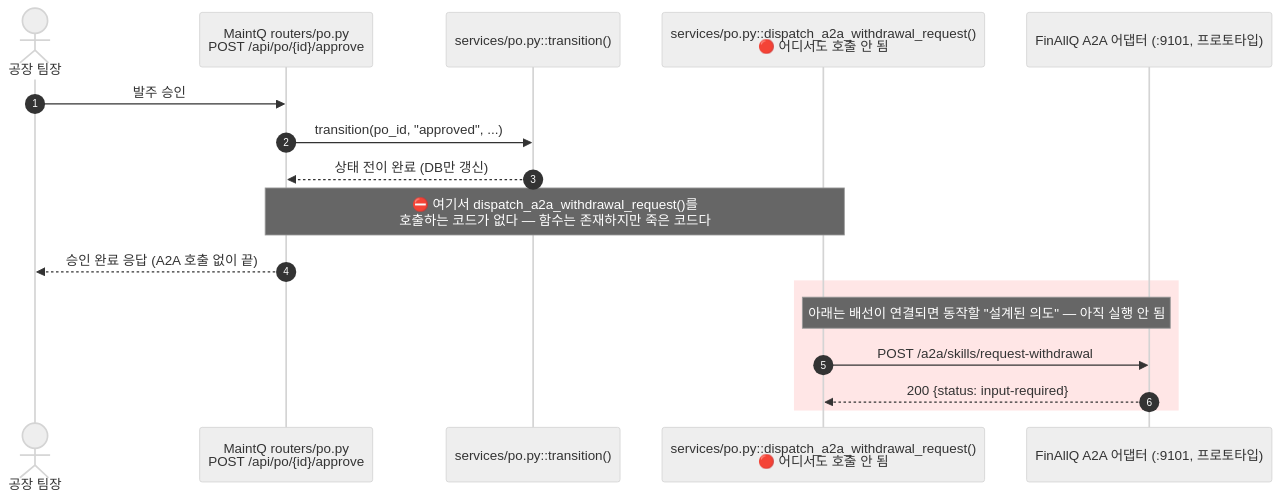
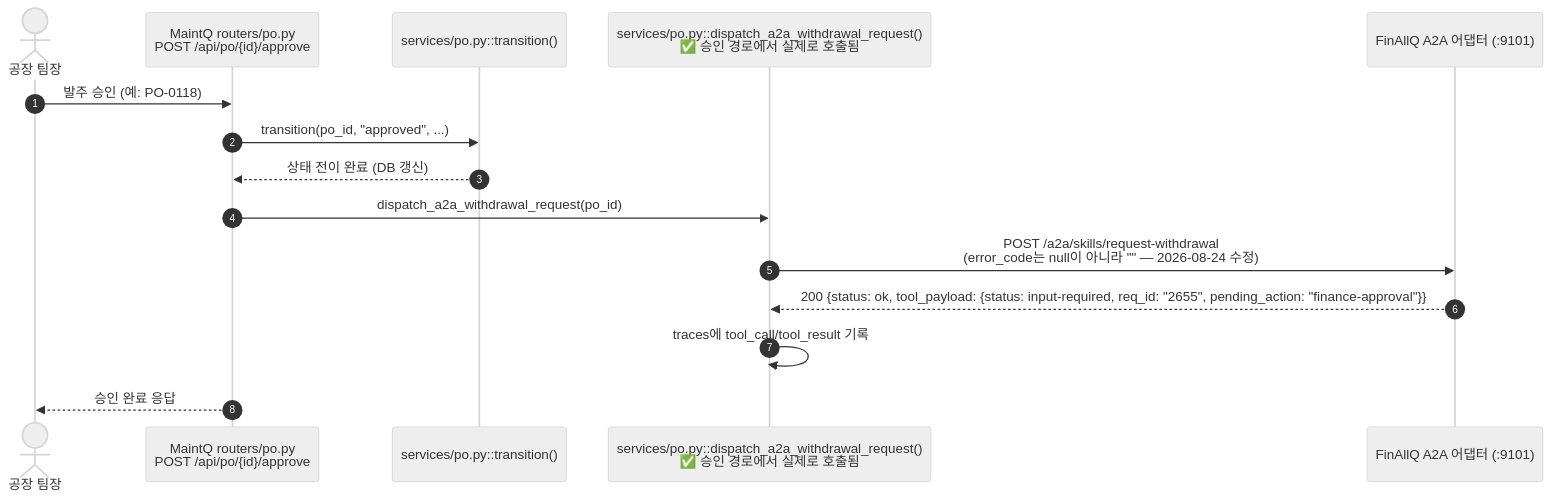
The third of 6 diagrams in A2A_DIAGRAMS.md (ttogle918/QMesh), drawn with Mermaid (neutral theme) before and after one commit. The commit also changed other lines of this file and 1 other file, not shown here.

First line of the commit message:
docs: MaintQ 아웃바운드 A2A 실 E2E 성공 반영 (request-withdrawal·assess-loan)

````diff
--- a/A2A_DIAGRAMS.md
+++ b/A2A_DIAGRAMS.md
@@ -85,21 +109,18 @@
 ```mermaid
 sequenceDiagram
     autonumber
     actor Mgr as 공장 팀장
     participant Router as MaintQ routers/po.py<br>POST /api/po/{id}/approve
     participant Svc as services/po.py::transition()
-    participant Dispatch as services/po.py::dispatch_a2a_withdrawal_request()<br>🔴 어디서도 호출 안 됨
-    participant FA as FinAllQ A2A 어댑터 (:9101, 프로토타입)
+    participant Dispatch as services/po.py::dispatch_a2a_withdrawal_request()<br>✅ 승인 경로에서 실제로 호출됨
+    participant FA as FinAllQ A2A 어댑터 (:9101)
 
-    Mgr->>Router: 발주 승인
+    Mgr->>Router: 발주 승인 (예: PO-0118)
     Router->>Svc: transition(po_id, "approved", ...)
-    Svc-->>Router: 상태 전이 완료 (DB만 갱신)
-    Note over Router,Dispatch: ⛔ 여기서 dispatch_a2a_withdrawal_request()를<br>호출하는 코드가 없다 — 함수는 존재하지만 죽은 코드다
-    Router-->>Mgr: 승인 완료 응답 (A2A 호출 없이 끝)
-
-    rect rgb(255, 230, 230)
-    Note over Dispatch,FA: 아래는 배선이 연결되면 동작할 "설계된 의도" — 아직 실행 안 됨
-    Dispatch->>FA: POST /a2a/skills/request-withdrawal
-    FA-->>Dispatch: 200 {status: input-required}
-    end
+    Svc-->>Router: 상태 전이 완료 (DB 갱신)
+    Router->>Dispatch: dispatch_a2a_withdrawal_request(po_id)
+    Dispatch->>FA: POST /a2a/skills/request-withdrawal<br>(error_code는 null이 아니라 "" — 2026-08-24 수정)
+    FA-->>Dispatch: 200 {status: ok, tool_payload: {status: input-required, req_id: "2655", pending_action: "finance-approval"}}
+    Dispatch->>Dispatch: traces에 tool_call/tool_result 기록
+    Router-->>Mgr: 승인 완료 응답
 ```
````
